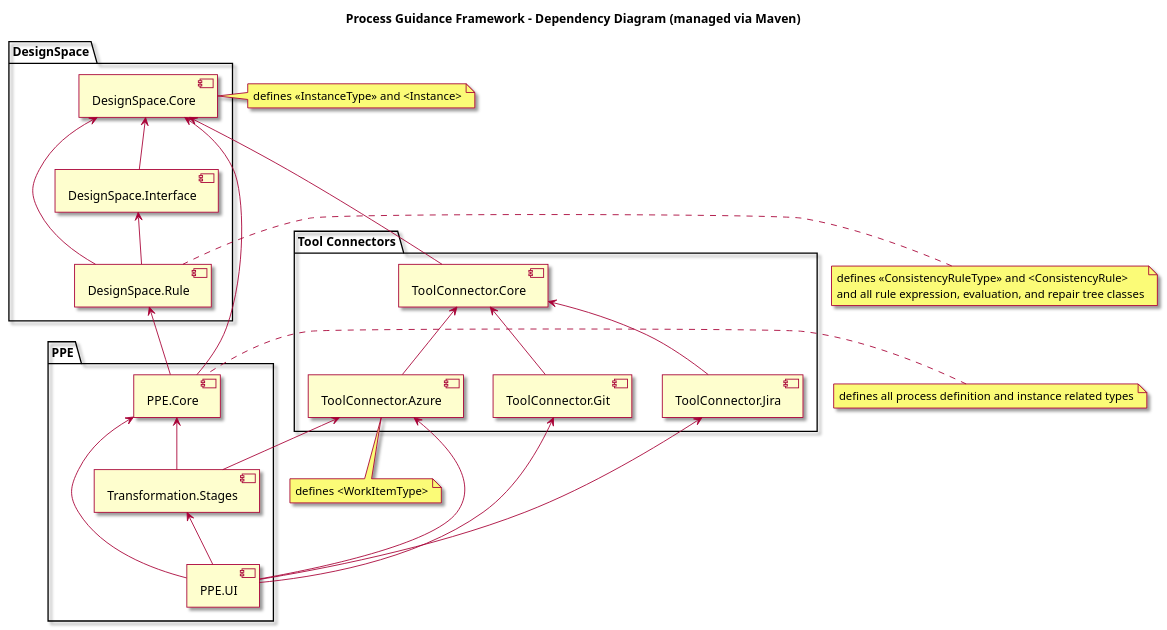
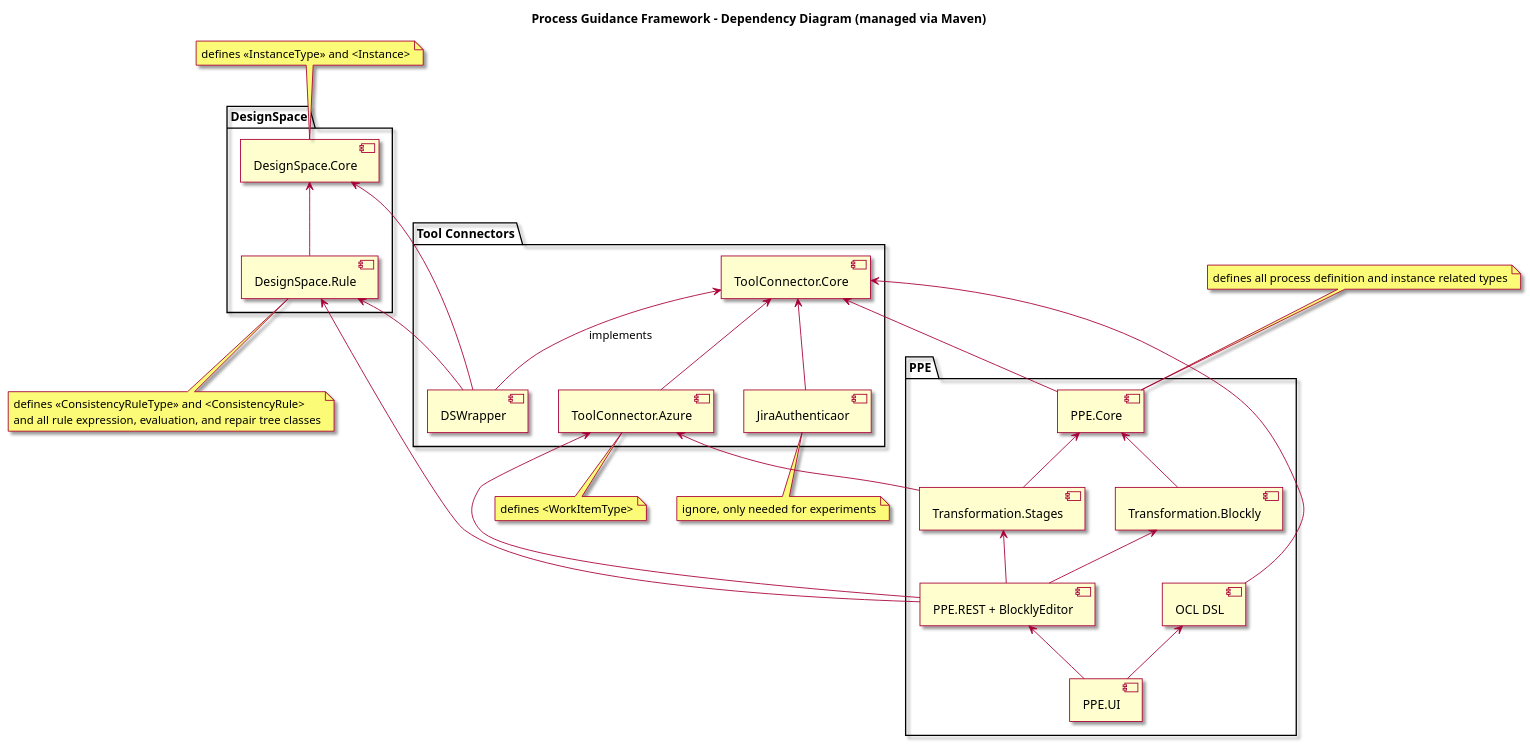
One commit to jku-isse/c4s.CQRS-passiveworkflowengine changed the diagram in doc/dependencydiagram.plantuml. Above: the diagram before and after it, drawn with PlantUML. The commit also changed 2 other files, not shown here.

Commit message:
updated architecture diagram

```diff
--- a/doc/dependencydiagram.plantuml
+++ b/doc/dependencydiagram.plantuml
@@ -1,64 +1,72 @@
 @startuml
 
 skin rose
 
 title Process Guidance Framework - Dependency Diagram (managed via Maven)
 
 package "DesignSpace" {
 component [DesignSpace.Core] as core
-component [DesignSpace.Interface] as intf
 component [DesignSpace.Rule] as rule
 }
 
-note right of core
+note top of core
 defines <<InstanceType>> and <Instance>
 end note
-note left of rule
+note bottom of rule
 defines <<ConsistencyRuleType>> and <ConsistencyRule> 
 and all rule expression, evaluation, and repair tree classes
 end note
 
 package "PPE" {
 component [PPE.Core] as ppe 
 component [PPE.UI] as ui
+component [PPE.REST + BlocklyEditor] as rest
 component [Transformation.Stages] as stages
+component [Transformation.Blockly] as blockly
+component [OCL DSL] as oclx
 }
 
-note left of ppe
+note top of ppe
 defines all process definition and instance related types
 end note
 
 package "Tool Connectors" {
-component [ToolConnector.Core] as tool 
+component [ToolConnector.Core] as tool
+component [DSWrapper] as wrapper
 component [ToolConnector.Azure] as azure 
-component [ToolConnector.Git] as git 
-component [ToolConnector.Jira] as jira
+component [JiraAuthenticaor] as jiraAuth
 }
 
 note bottom of azure
 defines <WorkItemType>
 end note
 
+note bottom of jiraAuth
+ignore, only needed for experiments
+end note
 
-intf -up-> core
 rule -up-> core
-rule -up-> intf
 
-tool -up-> core
+wrapper -up-> tool: implements
+wrapper -up-> core
+wrapper -up-> rule
 azure -up-> tool
-git -up-> tool
-jira -up-> tool
+jiraAuth -up-> tool
 
-ppe -up-> core
-ppe -up-> rule
+ppe -up-> tool
+blockly -up-> ppe
 
 stages -up-> ppe
 stages -up-> azure
 
-ui -up-> ppe
-ui -up-> azure
-ui -up-> jira
-ui -up-> git
-ui -up-> stages
+
+
+ui -up-> rest
+ui -up-> oclx
+oclx -up-> tool
+rest -up-> azure
+rest -up-> stages
+rest -up-> blockly
+rest -up-> rule
 
 @enduml
```
